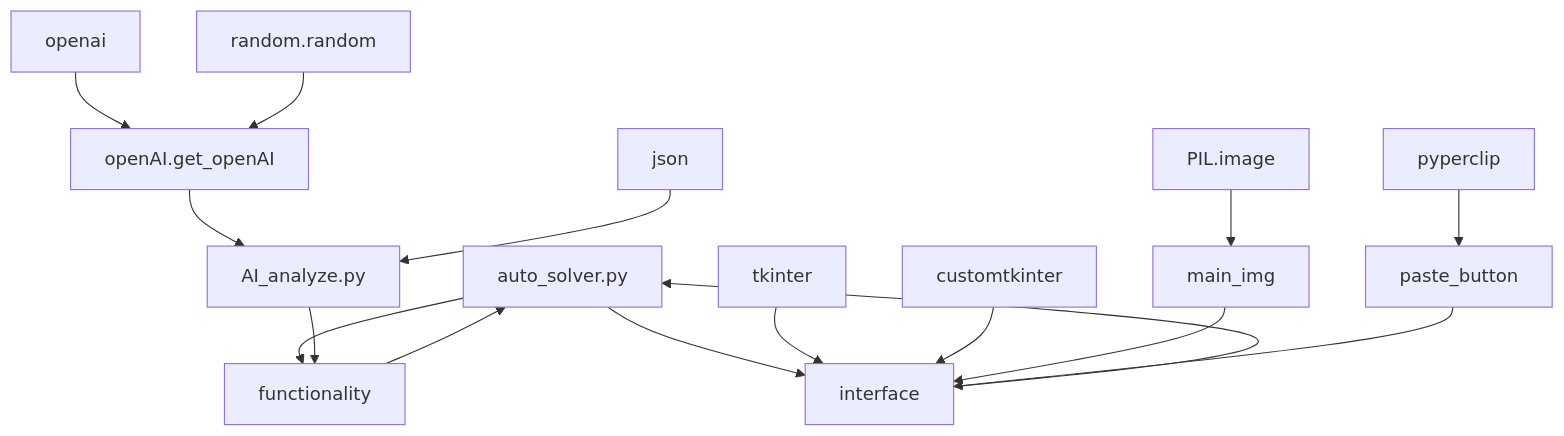
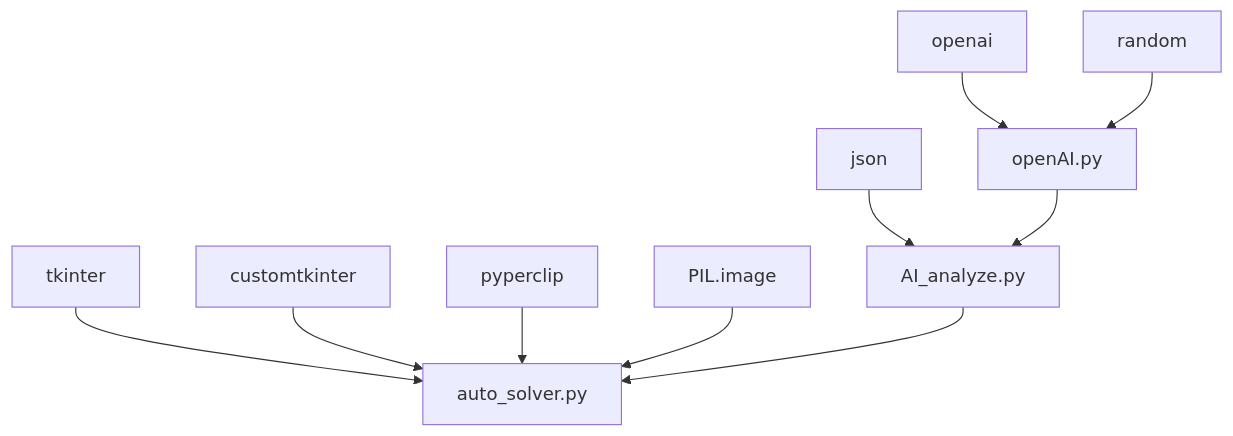
One commit to newtaq/auto_solver changed the diagram in README.md. Above: the diagram before and after it, drawn with Mermaid. The commit also changed other lines of this file, not shown here.

````diff
--- a/README.md
+++ b/README.md
@@ -24,27 +24,15 @@
 ```mermaid
 graph TD;
-auto_solver.py --> interface;
-auto_solver.py --> functionality;
+openai --> openAI.py 
+random --> openAI.py
 
-interface --> auto_solver.py;
-functionality --> auto_solver.py
+json --> AI_analyze.py
+openAI.py --> AI_analyze.py
 
-AI_analyze.py --> functionality;
+tkinter --> auto_solver.py 
+customtkinter --> auto_solver.py 
+pyperclip --> auto_solver.py
+PIL.image --> auto_solver.py
+AI_analyze.py --> auto_solver.py 
 
-tkinter --> interface;
-customtkinter --> interface;
-
-main_img --> interface;
-paste_button --> interface;
-
-
-PIL.image --> main_img;
-pyperclip --> paste_button;
-
-
-openAI.get_openAI --> AI_analyze.py;
-json --> AI_analyze.py;
-
-openai --> openAI.get_openAI;
-random.random --> openAI.get_openAI;
 ```
````
